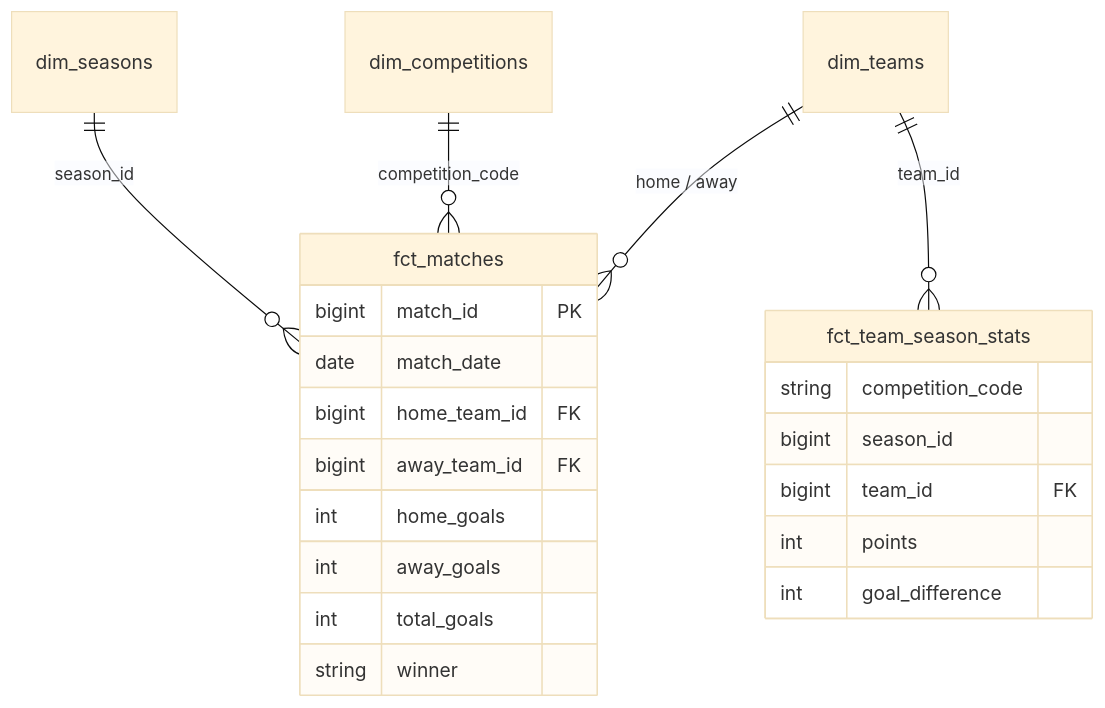
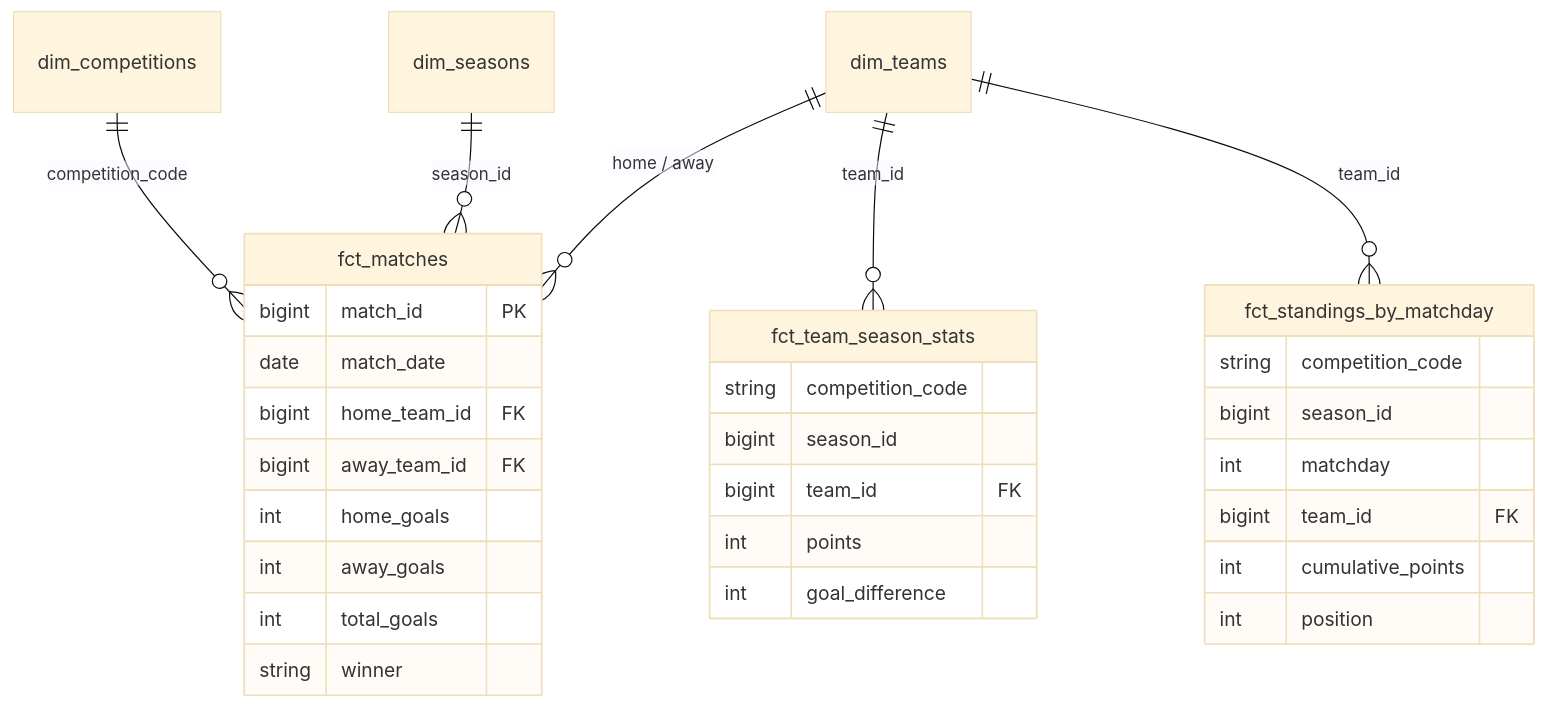
The second of 2 diagrams in README.md (PWIS11/football-analytics-pipeline), drawn with Mermaid (base theme) before and after one commit. The commit also changed other lines of this file and 10 other files, not shown here.

First line of the commit message:
Add fct_standings_by_matchday, animated title-race GIF, and portfolio README

````diff
--- a/README.md
+++ b/README.md
@@ -32,24 +50,33 @@
 ```mermaid
 erDiagram
     dim_teams ||--o{ fct_matches : "home / away"
     dim_competitions ||--o{ fct_matches : "competition_code"
     dim_seasons ||--o{ fct_matches : "season_id"
     dim_teams ||--o{ fct_team_season_stats : "team_id"
+    dim_teams ||--o{ fct_standings_by_matchday : "team_id"
     fct_matches {
         bigint match_id PK
         date match_date
         bigint home_team_id FK
         bigint away_team_id FK
         int home_goals
         int away_goals
         int total_goals
         string winner
     }
     fct_team_season_stats {
         string competition_code
         bigint season_id
         bigint team_id FK
         int points
         int goal_difference
     }
+    fct_standings_by_matchday {
+        string competition_code
+        bigint season_id
+        int matchday
+        bigint team_id FK
+        int cumulative_points
+        int position
+    }
 ```
````
